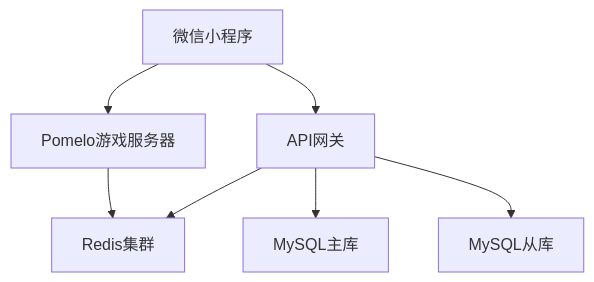
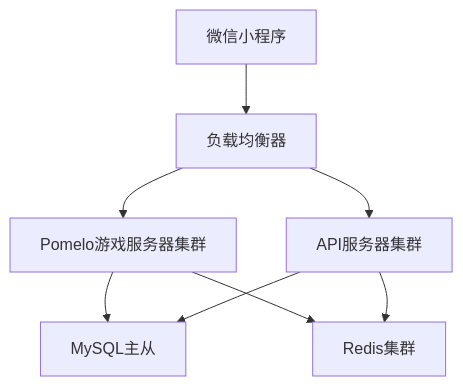
Before and after one commit to zsjohny/snakesnake: the third of 3 diagrams in docs/backend-recommendations.md, drawn with Mermaid. The commit also changed other lines of this file and 6 other files, not shown here.

````diff
--- a/docs/backend-recommendations.md
+++ b/docs/backend-recommendations.md
@@ -231,9 +230,10 @@
 ```mermaid
 graph TD
-    A[微信小程序] --> B[Pomelo游戏服务器]
-    A --> C[API网关]
-    C --> D[MySQL主库]
-    C --> E[MySQL从库]
-    B --> F[Redis集群]
-    C --> F
+    A[微信小程序] --> B[负载均衡器]
+    B --> C[Pomelo游戏服务器集群]
+    B --> D[API服务器集群]
+    C --> E[MySQL主从]
+    D --> E
+    C --> F[Redis集群]
+    D --> F
 ```
````
